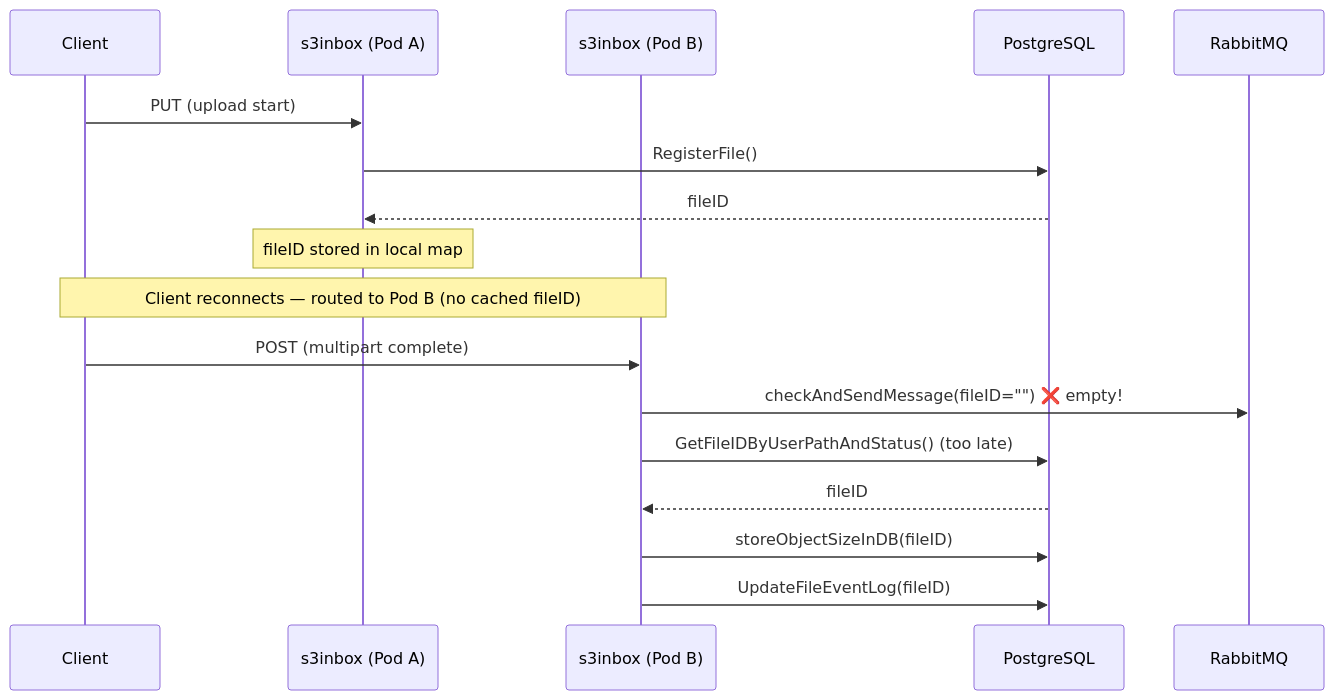
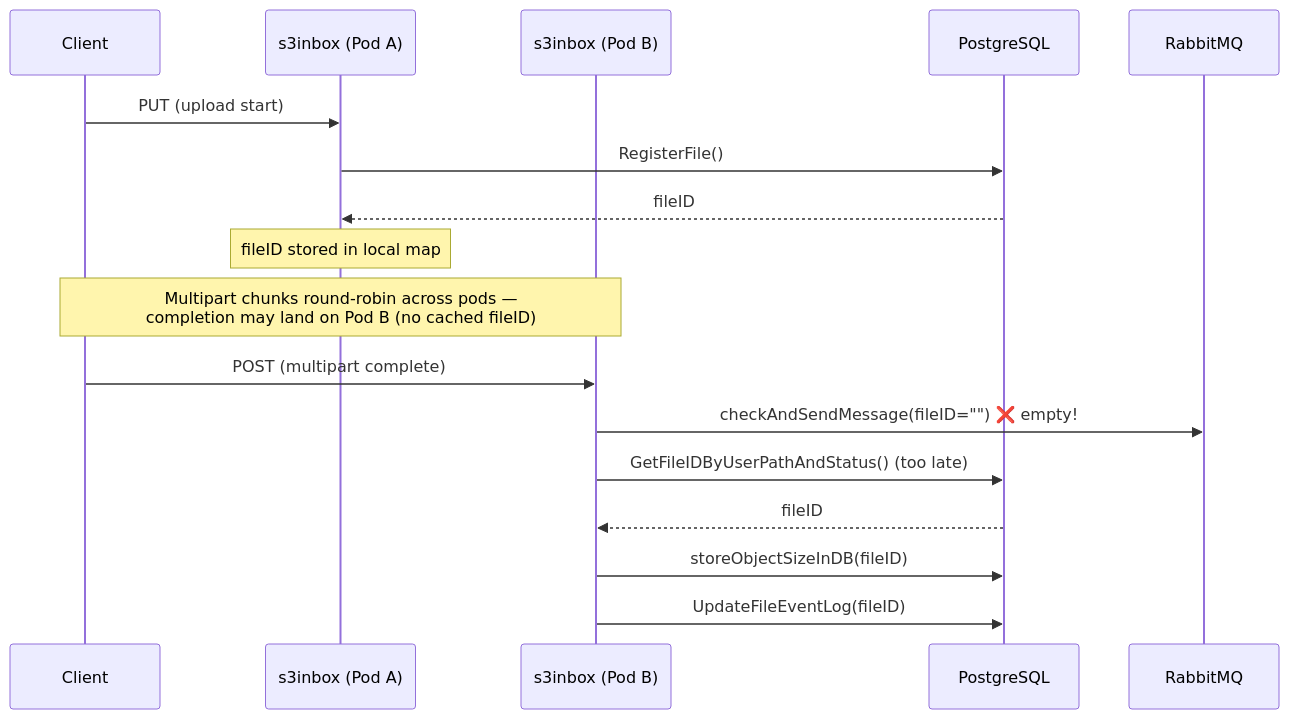
The first of 2 diagrams in docs/decisions/0003-shared-state-strategy-for-s3inbox-and-caching.md (neicnordic/sensitive-data-archive), drawn with Mermaid before and after one commit. The commit also changed other lines of this file, not shown here.

First line of the commit message:
docs(adr): clarify that round-robin triggers the per-pod state bug

````diff
--- a/docs/decisions/0003-shared-state-strategy-for-s3inbox-and-caching.md
+++ b/docs/decisions/0003-shared-state-strategy-for-s3inbox-and-caching.md
@@ -121,22 +122,22 @@
 ```mermaid
 sequenceDiagram
     participant Client
     participant PodA as s3inbox (Pod A)
     participant PodB as s3inbox (Pod B)
     participant DB as PostgreSQL
     participant MQ as RabbitMQ
 
     Client->>PodA: PUT (upload start)
     PodA->>DB: RegisterFile()
     DB-->>PodA: fileID
     Note over PodA: fileID stored in local map
 
-    Note over Client,PodB: Client reconnects — routed to Pod B (no cached fileID)
+    Note over Client,PodB: Multipart chunks round-robin across pods —<br/>completion may land on Pod B (no cached fileID)
 
     Client->>PodB: POST (multipart complete)
     PodB->>MQ: checkAndSendMessage(fileID="") ❌ empty!
     PodB->>DB: GetFileIDByUserPathAndStatus() (too late)
     DB-->>PodB: fileID
     PodB->>DB: storeObjectSizeInDB(fileID)
     PodB->>DB: UpdateFileEventLog(fileID)
 ```
````
